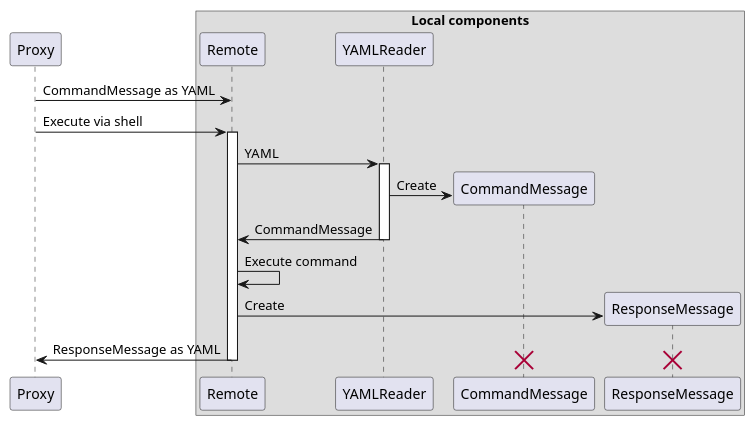
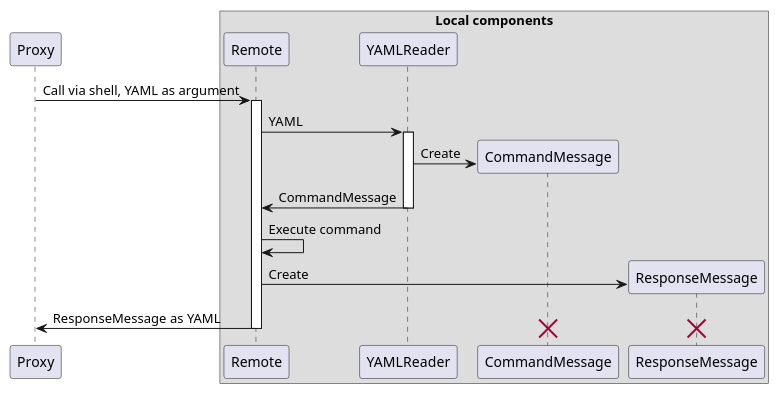
Before and after one commit to DistributedTaskScheduling/documentation: the diagram in design/sequence/remote.puml, drawn with PlantUML. The commit also changed 2 other files, not shown here.

Commit message:
YAML document now argument of remote calls

```diff
--- a/design/sequence/remote.puml
+++ b/design/sequence/remote.puml
@@ -1,22 +1,21 @@
 @startuml
 
 participant Proxy
 
 box "Local components"
     participant Remote
     participant YAMLReader
     participant CommandMessage
     participant ResponseMessage
 end box
 
-Proxy -> Remote : CommandMessage as YAML
-Proxy -> Remote ++ : Execute via shell
+Proxy -> Remote ++ : Call via shell, YAML as argument
 Remote -> YAMLReader ++ : YAML
 YAMLReader -> CommandMessage ** : Create
 Remote <- YAMLReader -- : CommandMessage
 Remote -> Remote : Execute command
 Remote -> ResponseMessage ** : Create
 Proxy <- Remote -- : ResponseMessage as YAML
 destroy CommandMessage
 destroy ResponseMessage
 @enduml
```
